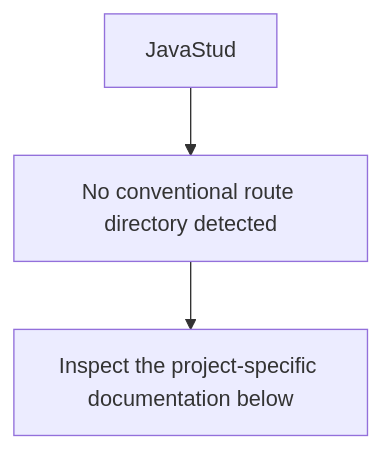
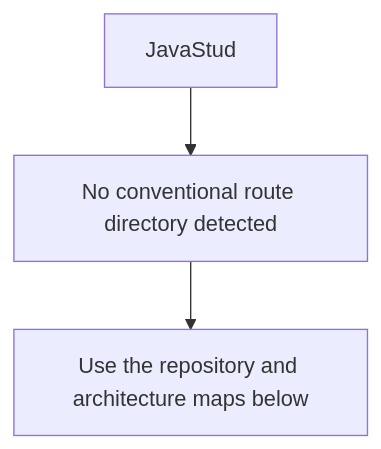
One commit to Nischhalsubba/JavaStud changed the second of 5 diagrams in README.md. Above: the diagram before and after it, drawn with Mermaid. The commit also changed other lines of this file, not shown here.

````diff
--- a/README.md
+++ b/README.md
@@ -45,6 +87,6 @@
 ```mermaid
 flowchart TD
     APP["JavaStud"]
     APP --> SOURCE["No conventional route directory detected"]
-    SOURCE --> VERIFY["Inspect the project-specific documentation below"]
+    SOURCE --> GUIDE["Use the repository and architecture maps below"]
 ```
````
